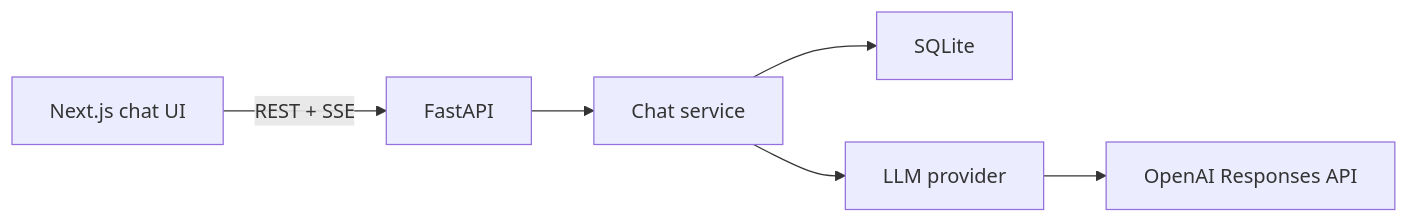
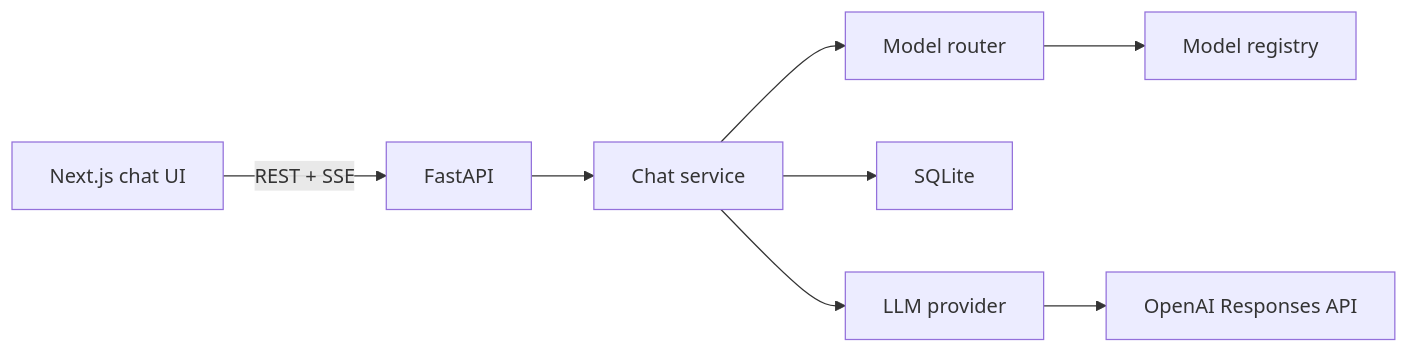
Before and after one commit to sanjayparashar135/OperateSolve: the diagram in README.md, drawn with Mermaid. The commit also changed other lines of this file and 37 other files, not shown here.

````diff
--- a/README.md
+++ b/README.md
@@ -14,8 +14,10 @@
 ```mermaid
 flowchart LR
   UI["Next.js chat UI"] -->|"REST + SSE"| API["FastAPI"]
   API --> Service["Chat service"]
+  Service --> Router["Model router"]
+  Router --> Registry["Model registry"]
   Service --> DB["SQLite"]
   Service --> Provider["LLM provider"]
   Provider --> OpenAI["OpenAI Responses API"]
 ```
````
